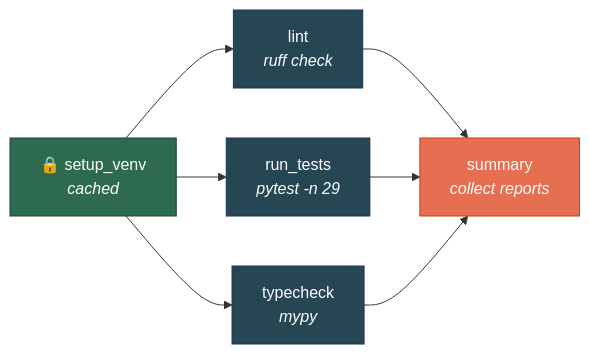
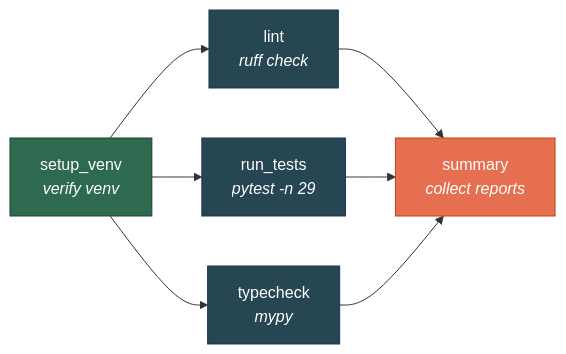
One commit to progovoy/vmn changed the second of 2 diagrams in ci/README.md. Above: the diagram before and after it, drawn with Mermaid. The commit also changed other lines of this file and 1 other file, not shown here.

First line of the commit message:
ci: build the test venv via muster's requires instead of by hand

````diff
--- a/ci/README.md
+++ b/ci/README.md
@@ -46,21 +46,21 @@
 ```mermaid
 graph LR
-    setup_venv["🔒 setup_venv<br/><i>cached</i>"]
+    setup_venv["setup_venv<br/><i>verify venv</i>"]
     lint["lint<br/><i>ruff check</i>"]
     run_tests["run_tests<br/><i>pytest -n 29</i>"]
     typecheck["typecheck<br/><i>mypy</i>"]
     summary["summary<br/><i>collect reports</i>"]
 
     setup_venv --> lint
     setup_venv --> run_tests
     setup_venv --> typecheck
     lint --> summary
     run_tests --> summary
     typecheck --> summary
 
     style setup_venv fill:#2d6a4f,stroke:#1b4332,color:#fff
     style lint fill:#264653,stroke:#1d3557,color:#fff
     style run_tests fill:#264653,stroke:#1d3557,color:#fff
     style typecheck fill:#264653,stroke:#1d3557,color:#fff
     style summary fill:#e76f51,stroke:#c1440e,color:#fff
 ```
````
